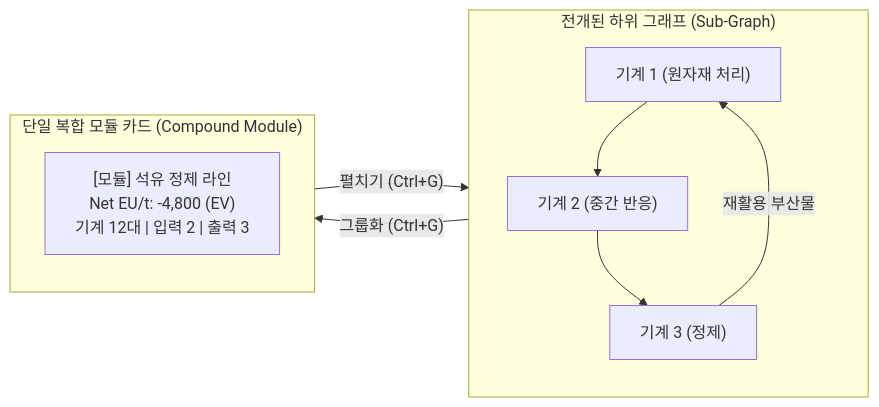
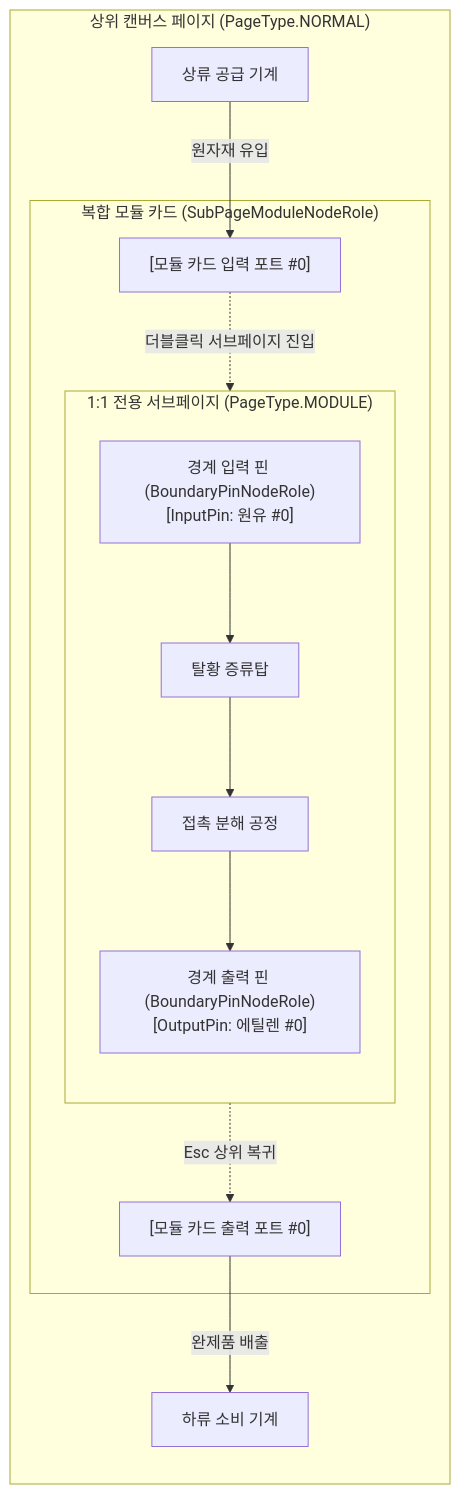
The third of 3 diagrams in docs/ko_kr/spec/01_CORE_DOMAIN_AND_MODELS.md (Amvermain/GregTechCalculatorBoard), drawn with Mermaid before and after one commit. The commit also changed other lines of this file and 166 other files, not shown here.

````diff
--- a/docs/ko_kr/spec/01_CORE_DOMAIN_AND_MODELS.md
+++ b/docs/ko_kr/spec/01_CORE_DOMAIN_AND_MODELS.md
@@ -294,15 +370,18 @@
 ```mermaid
 flowchart LR
-    subgraph Expanded["전개된 하위 그래프 (Sub-Graph)"]
-        M1["기계 1 (원자재 처리)"] --> M2["기계 2 (중간 반응)"]
-        M2 --> M3["기계 3 (정제)"]
-        M3 -->|재활용 부산물| M1
+    subgraph ParentCanvas["상위 캔버스 페이지 (PageType.NORMAL)"]
+        M1["상류 공급 기계"] -->|원자재 유입| PIN_IN_OUTER["[모듈 카드 입력 포트 #0]"]
+        subgraph SubPageCard["복합 모듈 카드 (SubPageModuleNodeRole)"]
+            PIN_IN_OUTER -.->|더블클릭 서브페이지 진입| SUB_PAGE
+            SUB_PAGE -.->|Esc 상위 복귀| PIN_OUT_OUTER
+        end
+        PIN_OUT_OUTER["[모듈 카드 출력 포트 #0]"] -->|완제품 배출| M2["하류 소비 기계"]
     end
-    
-    subgraph Collapsed["단일 복합 모듈 카드 (Compound Module)"]
-        CM["[모듈] 석유 정제 라인\nNet EU/t: -4,800 (EV)\n기계 12대 | 입력 2 | 출력 3"]
+
+    subgraph SUB_PAGE["1:1 전용 서브페이지 (PageType.MODULE)"]
+        direction TB
+        PIN_IN["경계 입력 핀 (BoundaryPinNodeRole)\n[InputPin: 원유 #0]"] --> SM1["탈황 증류탑"]
+        SM1 --> SM2["접촉 분해 공정"]
+        SM2 --> PIN_OUT["경계 출력 핀 (BoundaryPinNodeRole)\n[OutputPin: 에틸렌 #0]"]
     end
-    
-    Expanded -- "그룹화 (Ctrl+G)" --> Collapsed
-    Collapsed -- "펼치기 (Ctrl+G)" --> Expanded
 ```
````
